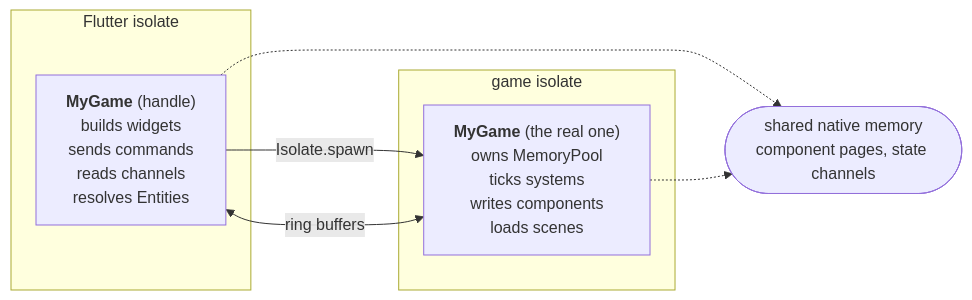
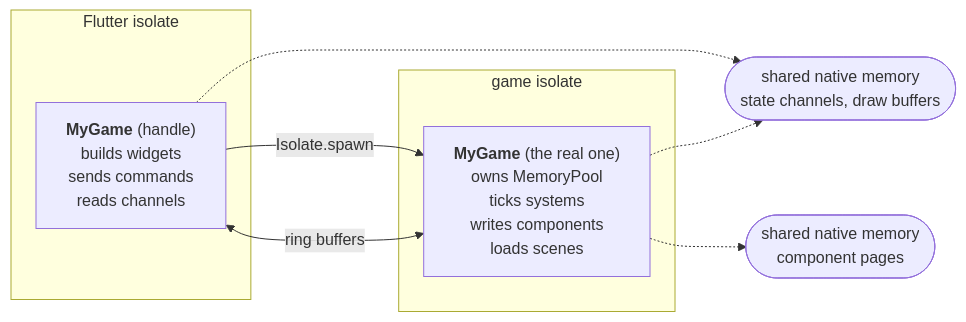
The first of 2 diagrams in docs/guide/architecture.md (sunarya-thito/good), drawn with Mermaid before and after one commit. The commit also changed other lines of this file and 14 other files, not shown here.

````diff
--- a/docs/guide/architecture.md
+++ b/docs/guide/architecture.md
@@ -18,13 +18,14 @@
 ```mermaid
 flowchart LR
     subgraph FL["Flutter isolate"]
-        A["<b>MyGame</b> (handle)<br/>builds widgets<br/>sends commands<br/>reads channels<br/>resolves Entities"]
+        A["<b>MyGame</b> (handle)<br/>builds widgets<br/>sends commands<br/>reads channels"]
     end
     subgraph GA["game isolate"]
         B["<b>MyGame</b> (the real one)<br/>owns MemoryPool<br/>ticks systems<br/>writes components<br/>loads scenes"]
     end
     A -->|"Isolate.spawn"| B
     A <-->|"ring buffers"| B
-    A -.-> M(["shared native memory<br/>component pages, state channels"])
+    A -.-> M(["shared native memory<br/>state channels, draw buffers"])
     B -.-> M
+    B -.-> P(["shared native memory<br/>component pages"])
 ```
````
